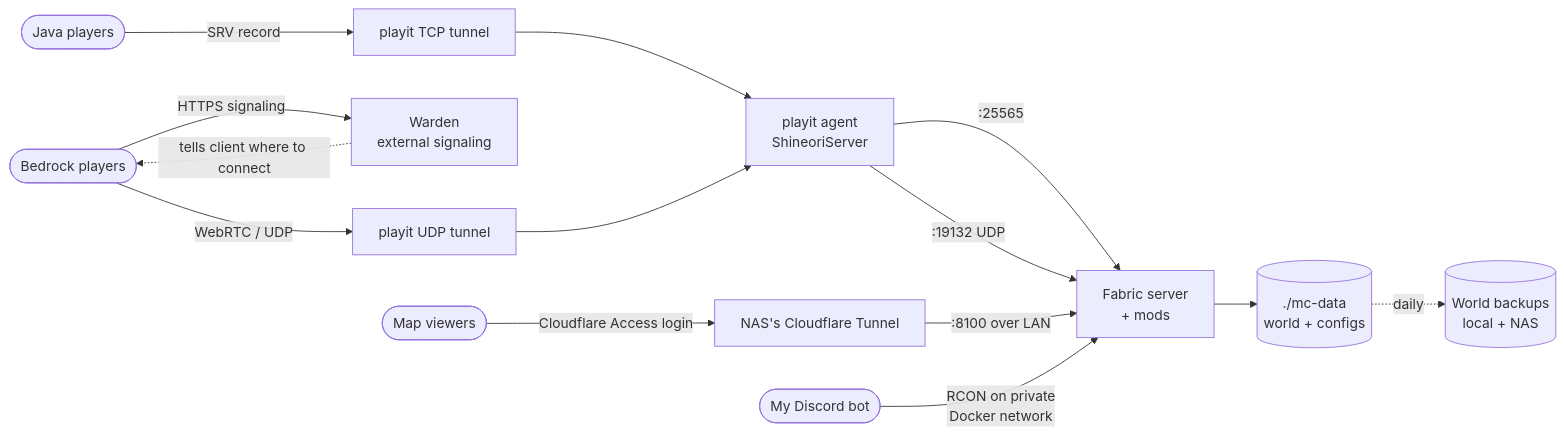
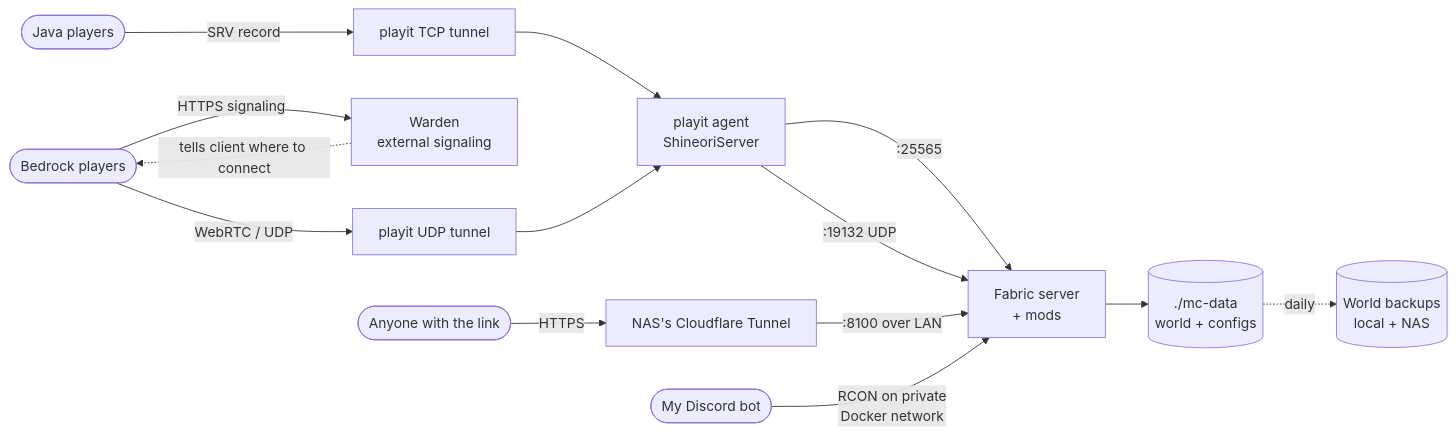
The diagram in docs/services/minecraft.md (Shineori/homelab), drawn with Mermaid before and after one commit. The commit also changed other lines of this file, not shown here.

Commit message:
Minecraft: web map is public through the tunnel, not behind Access

````diff
--- a/docs/services/minecraft.md
+++ b/docs/services/minecraft.md
@@ -24,16 +24,16 @@
 ```mermaid
 flowchart LR
     java([Java players]) -->|SRV record| tcp[playit TCP tunnel]
     bedrock([Bedrock players]) -->|HTTPS signaling| warden[Warden<br/>external signaling]
     warden -.->|tells client where to connect| bedrock
     bedrock -->|WebRTC / UDP| udp[playit UDP tunnel]
     tcp --> agent[playit agent<br/>ShineoriServer]
     udp --> agent
     agent -->|:25565| mc[Fabric server<br/>+ mods]
     agent -->|:19132 UDP| mc
-    viewer([Map viewers]) -->|Cloudflare Access login| cf[NAS's Cloudflare Tunnel]
+    viewer([Anyone with the link]) -->|HTTPS| cf[NAS's Cloudflare Tunnel]
     cf -->|:8100 over LAN| mc
     bot([My Discord bot]) -->|RCON on private<br/>Docker network| mc
     mc --> world[(./mc-data<br/>world + configs)]
     world -. daily .-> backup[(World backups<br/>local + NAS)]
 ```
````
